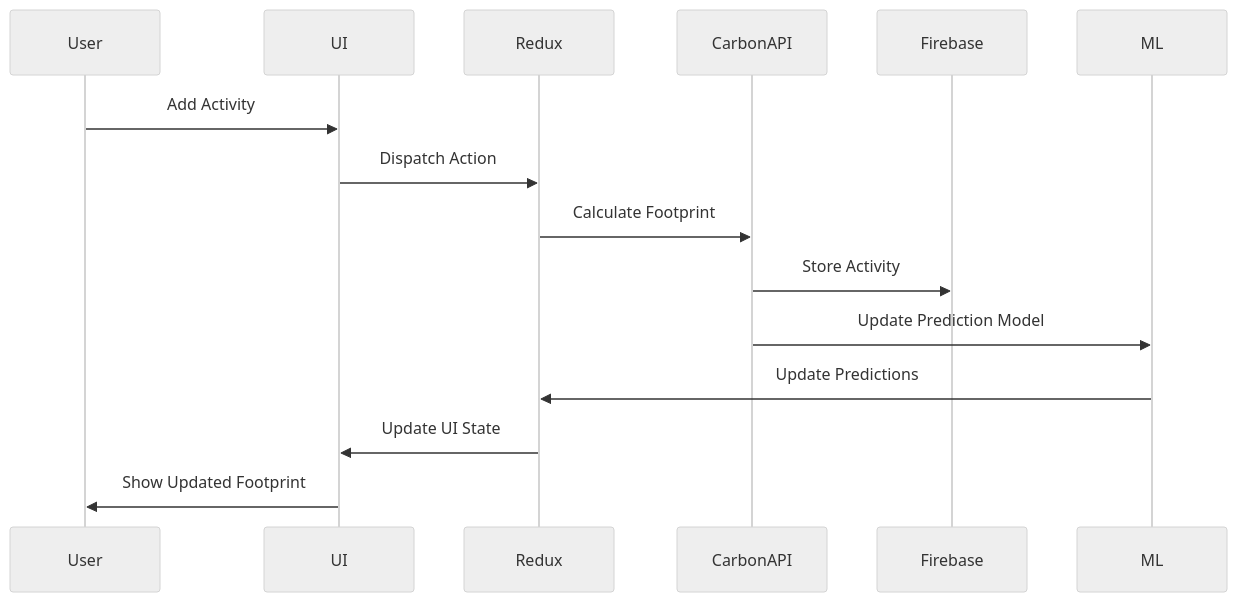
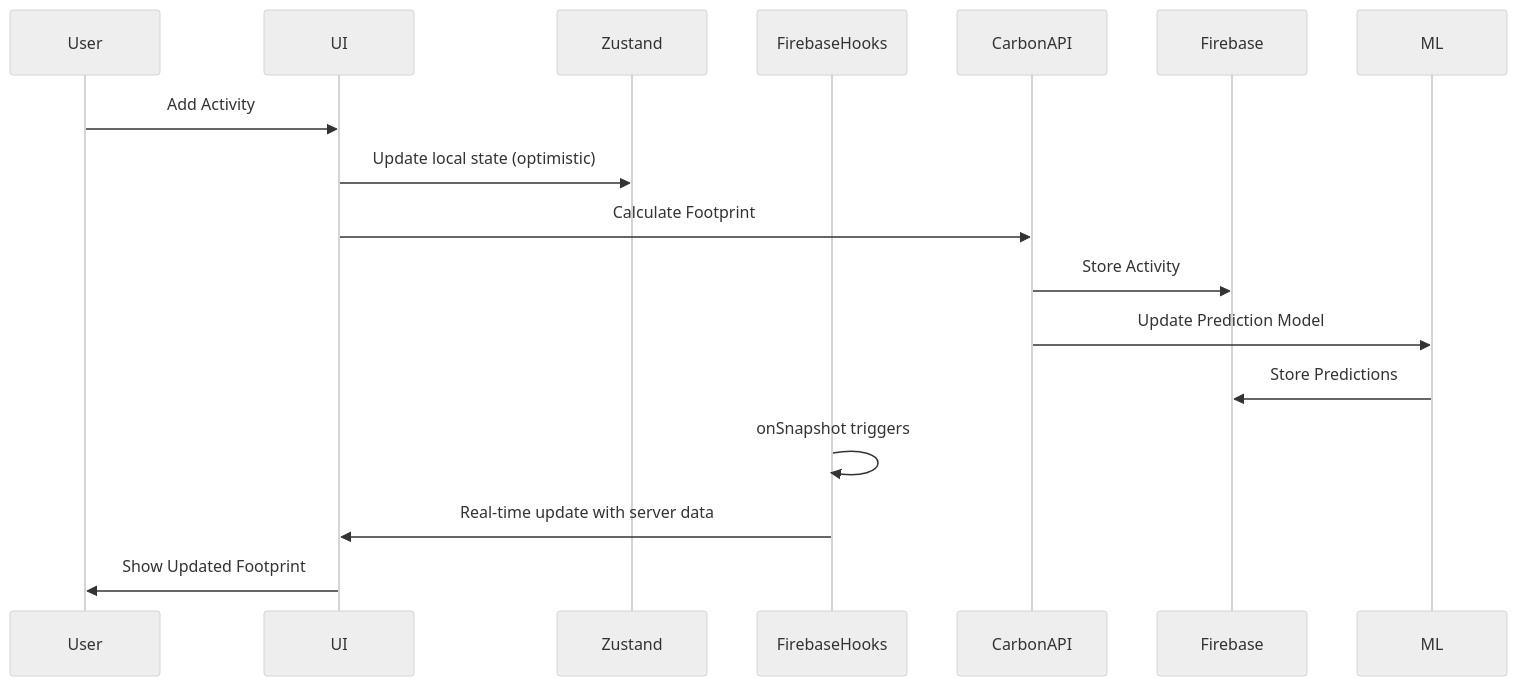
One commit to Yogendra96/Kindred changed the sixth of 23 diagrams in docs/ARCHITECTURE.md. Above: the diagram before and after it, drawn with Mermaid (neutral theme). The commit also changed other lines of this file and 220 other files, not shown here.

First line of the commit message:
feat(arch): migrate from Redux to Zustand & Firebase real-time listeners

````diff
--- a/docs/ARCHITECTURE.md
+++ b/docs/ARCHITECTURE.md
@@ -165,18 +217,20 @@
 ```mermaid
 sequenceDiagram
   participant User
   participant UI
-  participant Redux
+  participant Zustand
+  participant FirebaseHooks
   participant CarbonAPI
   participant Firebase
   participant ML
 
   User->>UI: Add Activity
-  UI->>Redux: Dispatch Action
-  Redux->>CarbonAPI: Calculate Footprint
+  UI->>Zustand: Update local state (optimistic)
+  UI->>CarbonAPI: Calculate Footprint
   CarbonAPI->>Firebase: Store Activity
   CarbonAPI->>ML: Update Prediction Model
-  ML->>Redux: Update Predictions
-  Redux->>UI: Update UI State
+  ML->>Firebase: Store Predictions
+  FirebaseHooks->>FirebaseHooks: onSnapshot triggers
+  FirebaseHooks->>UI: Real-time update with server data
   UI->>User: Show Updated Footprint
 ```
````
